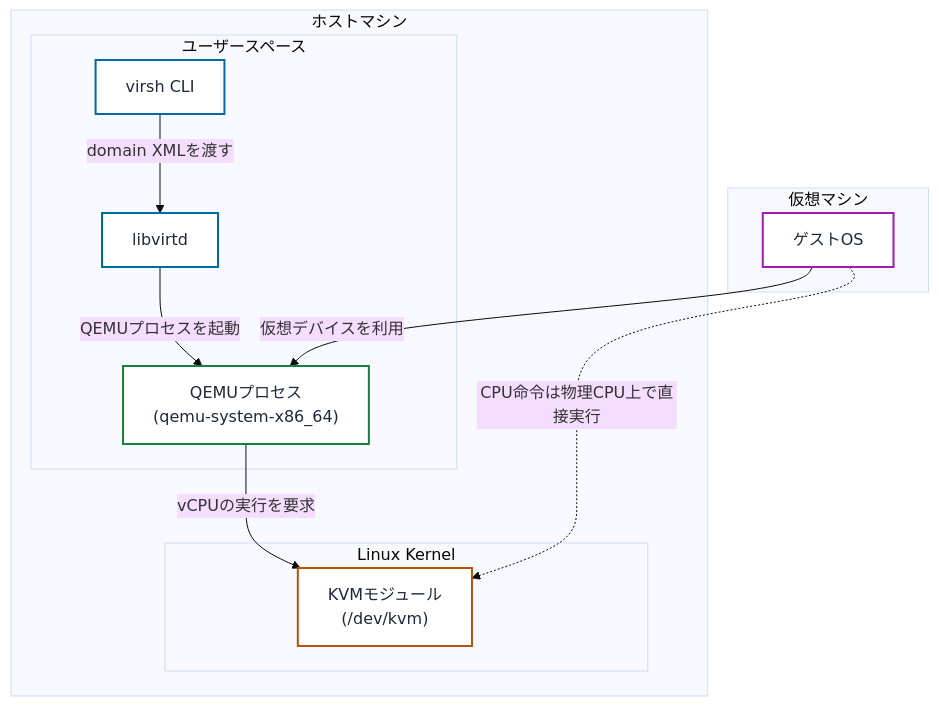
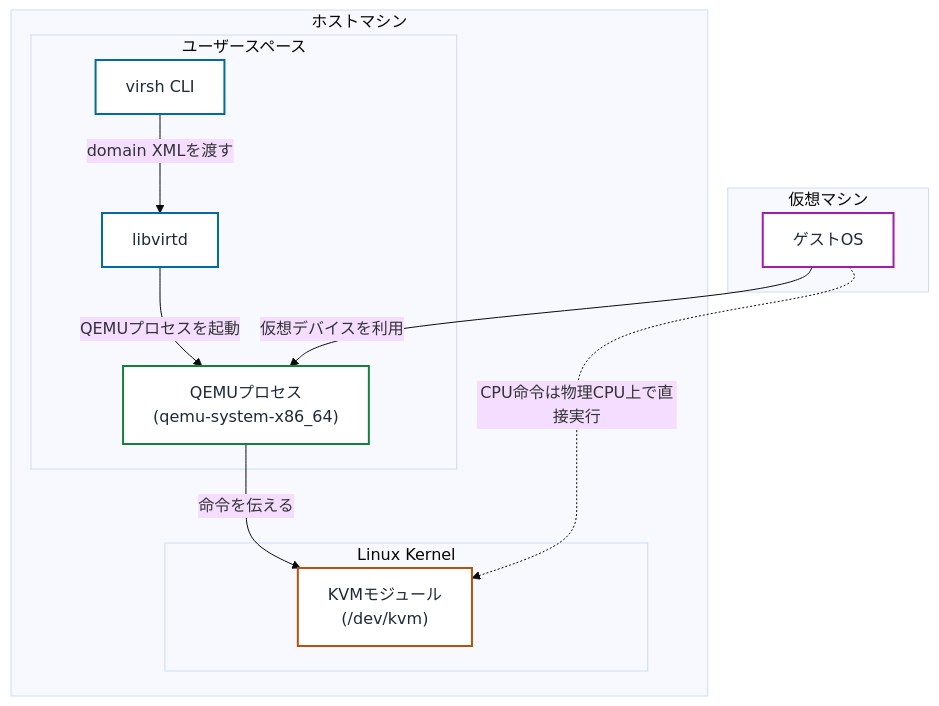
The diagram in articles/20260803-virtualization-basic-concepts.md (0x69d/0x69d), drawn with Mermaid (base theme) before and after one commit. The commit also changed other lines of this file, not shown here.

````diff
--- a/articles/20260803-virtualization-basic-concepts.md
+++ b/articles/20260803-virtualization-basic-concepts.md
@@ -73,32 +75,32 @@
 ```mermaid
 flowchart TB
     subgraph vm[仮想マシン]
         guest["ゲストOS"]
     end
     subgraph host[ホストマシン]
         subgraph userspace[ユーザースペース]
             virsh["virsh CLI"]
             libvirtd["libvirtd"]
             qemu1["QEMUプロセス<br/>(qemu-system-x86_64)"]
         end
         subgraph kernel[Linux Kernel]
             kvm["KVMモジュール<br/>(/dev/kvm)"]
         end
     end
 
     virsh -- domain XMLを渡す --> libvirtd
     libvirtd -- QEMUプロセスを起動 --> qemu1
     guest -- 仮想デバイスを利用 --> qemu1
     guest -. CPU命令は物理CPU上で直接実行 .-> kvm
-    qemu1 -- vCPUの実行を要求 --> kvm
+    qemu1 -- 命令を伝える --> kvm
 
     classDef cliStyle fill:#ffffff,stroke:#0369a1,stroke-width:2px,color:#1e293b
     classDef kernelStyle fill:#ffffff,stroke:#b45309,stroke-width:2px,color:#1e293b
     classDef qemuStyle fill:#ffffff,stroke:#15803d,stroke-width:2px,color:#1e293b
     classDef guestStyle fill:#ffffff,stroke:#a21caf,stroke-width:2px,color:#1e293b
 
     class virsh,libvirtd cliStyle
     class kvm kernelStyle
     class qemu1 qemuStyle
     class guest guestStyle
 ```
````
